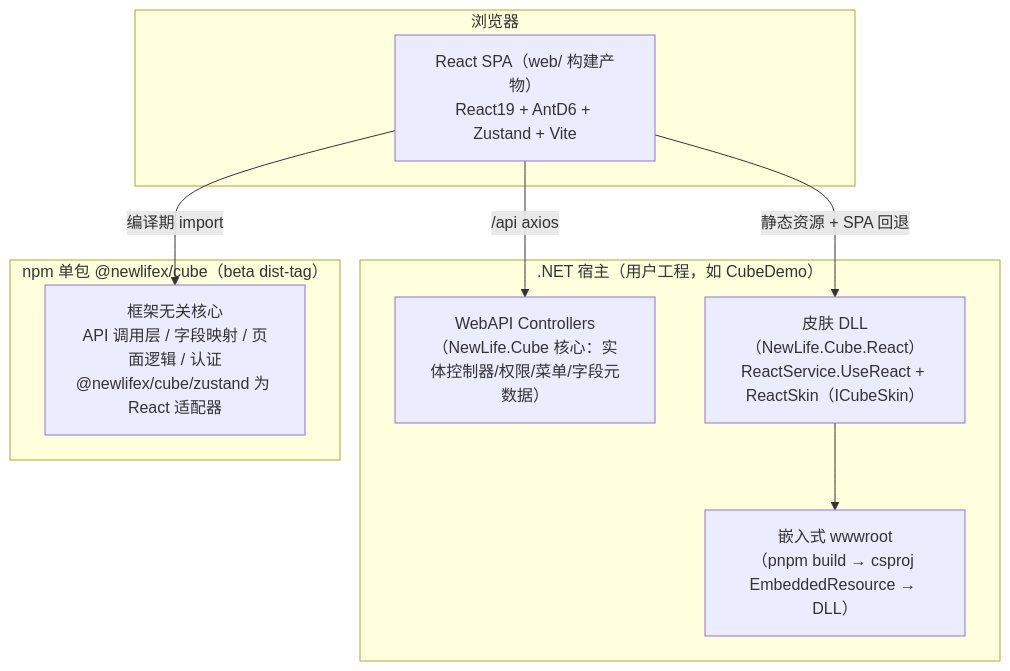
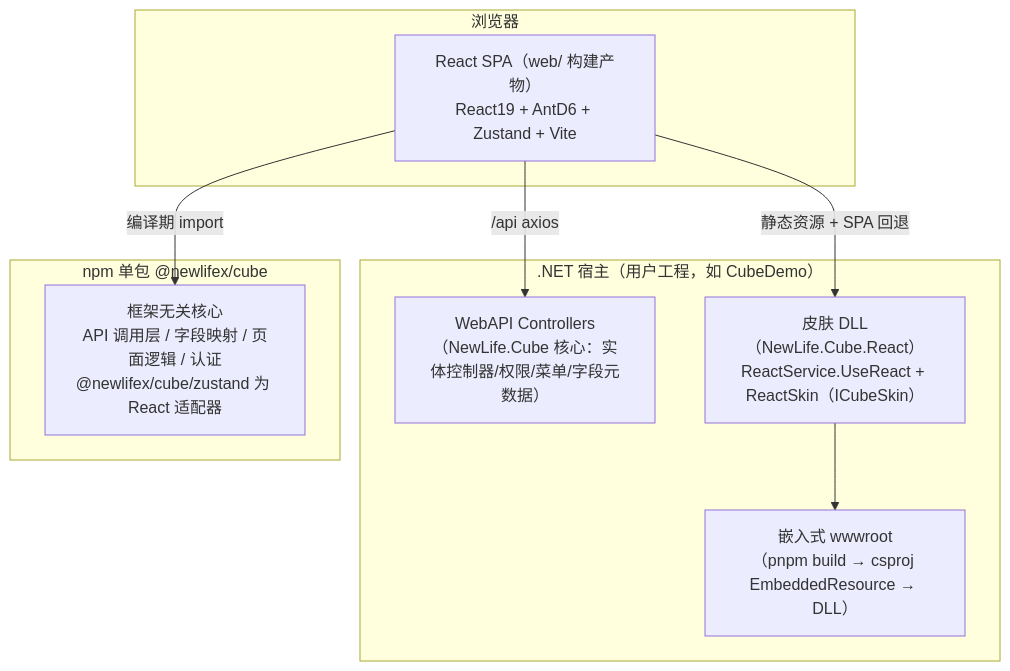
One commit to NewLifeX/NewLife.Cube.React changed the first of 2 diagrams in Doc/架构设计.md. Above: the diagram before and after it, drawn with Mermaid. The commit also changed other lines of this file and 14 other files, not shown here.

````diff
--- a/Doc/架构设计.md
+++ b/Doc/架构设计.md
@@ -16,21 +16,21 @@
 ```mermaid
 flowchart TB
     subgraph 浏览器
         SPA["React SPA（web/ 构建产物）<br/>React19 + AntD6 + Zustand + Vite"]
     end
 
     subgraph ".NET 宿主（用户工程，如 CubeDemo）"
         API["WebAPI Controllers<br/>（NewLife.Cube 核心：实体控制器/权限/菜单/字段元数据）"]
         SKIN["皮肤 DLL（NewLife.Cube.React）<br/>ReactService.UseReact + ReactSkin（ICubeSkin）"]
         EMBED["嵌入式 wwwroot<br/>（pnpm build → csproj EmbeddedResource → DLL）"]
     end
 
-    subgraph "npm 单包 @newlifex/cube（beta dist-tag）"
+    subgraph "npm 单包 @newlifex/cube"
         P1["框架无关核心<br/>API 调用层 / 字段映射 / 页面逻辑 / 认证<br/>@newlifex/cube/zustand 为 React 适配器"]
     end
 
     SPA -->|"/api  axios"| API
     SPA -->|"静态资源 + SPA 回退"| SKIN
     SKIN --> EMBED
     SPA -->|"编译期 import"| P1
 ```
````
